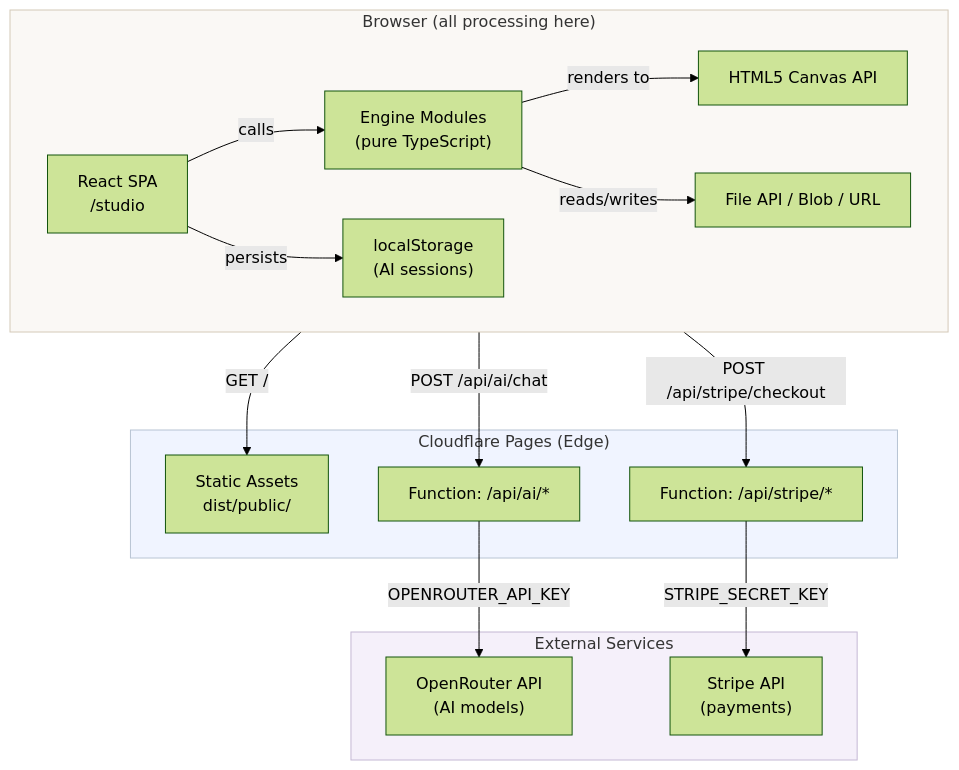
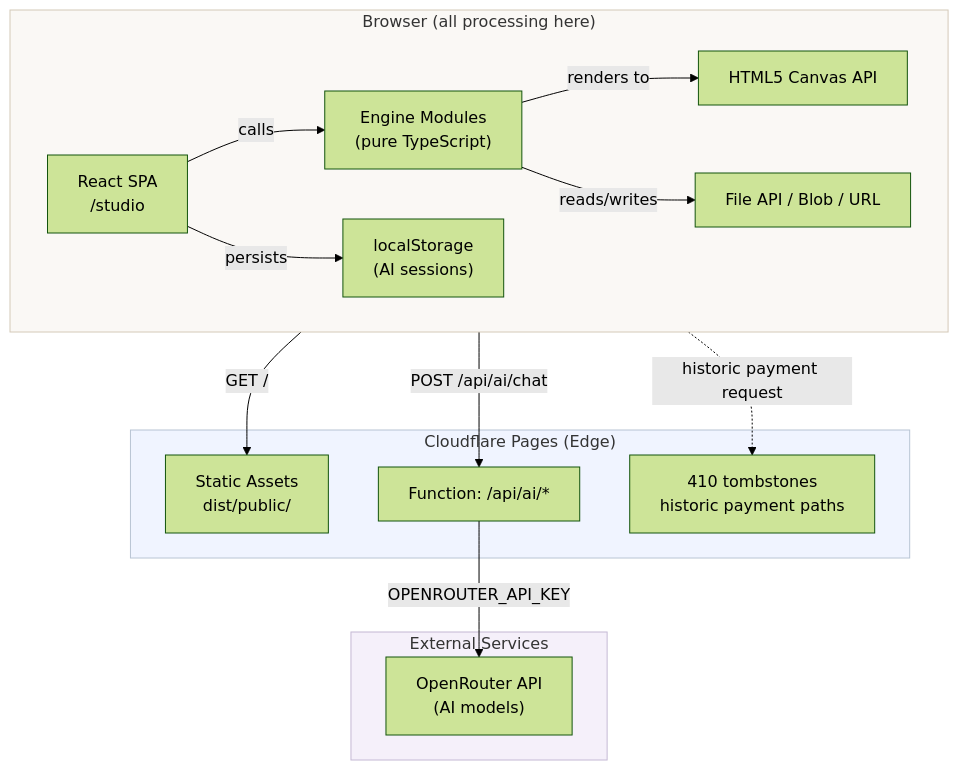
One commit to RazonIn4K/Mii-pixelart changed the first of 12 diagrams in living-the-grid-studio/docs/architecture.md. Above: the diagram before and after it, drawn with Mermaid (forest theme). The commit also changed other lines of this file and 38 other files, not shown here.

````diff
--- a/living-the-grid-studio/docs/architecture.md
+++ b/living-the-grid-studio/docs/architecture.md
@@ -74,36 +73,34 @@
 ```mermaid
 graph TB
     subgraph Browser["Browser (all processing here)"]
         SPA["React SPA<br/>/studio"]
         Engine["Engine Modules<br/>(pure TypeScript)"]
         Canvas["HTML5 Canvas API"]
         FileAPI["File API / Blob / URL"]
         LS["localStorage<br/>(AI sessions)"]
 
         SPA -->|"calls"| Engine
         Engine -->|"renders to"| Canvas
         Engine -->|"reads/writes"| FileAPI
         SPA -->|"persists"| LS
     end
 
     subgraph Edge["Cloudflare Pages (Edge)"]
         Static["Static Assets<br/>dist/public/"]
         Fn_AI["Function: /api/ai/*"]
-        Fn_Stripe["Function: /api/stripe/*"]
+        Fn_Retired["410 tombstones<br/>historic payment paths"]
     end
 
     subgraph External["External Services"]
         OR["OpenRouter API<br/>(AI models)"]
-        Stripe["Stripe API<br/>(payments)"]
     end
 
     Browser -->|"GET /"| Static
     Browser -->|"POST /api/ai/chat"| Fn_AI
-    Browser -->|"POST /api/stripe/checkout"| Fn_Stripe
     Fn_AI -->|"OPENROUTER_API_KEY"| OR
-    Fn_Stripe -->|"STRIPE_SECRET_KEY"| Stripe
+    Browser -.->|"historic payment request"| Fn_Retired
 
     style Browser fill:#faf8f5,stroke:#d4c9b8
     style Edge fill:#f0f4ff,stroke:#b8c4d4
     style External fill:#f5f0fa,stroke:#c4b8d4
 ```
````
